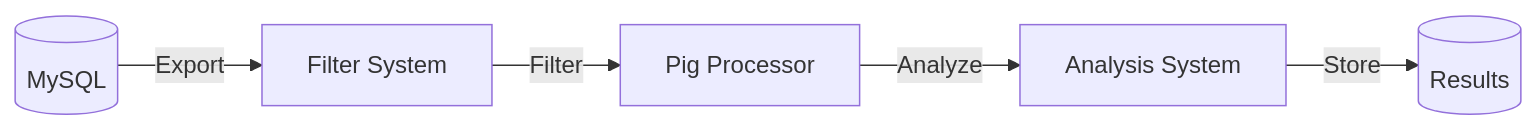
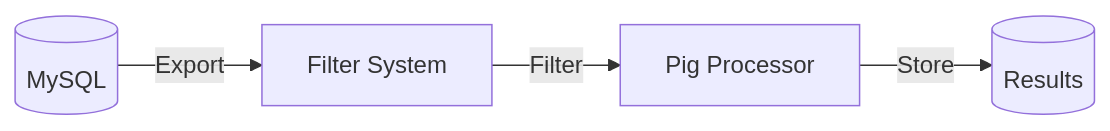
Before and after one commit to TheRamdomX/Proyecto-Distribuidos: the second of 2 diagrams in README.md, drawn with Mermaid. The commit also changed other lines of this file, not shown here.

````diff
--- a/README.md
+++ b/README.md
@@ -83,7 +87,6 @@
 ```mermaid
 graph LR
     A[(MySQL)] -->|Export| B[Filter System]
     B -->|Filter| C[Pig Processor]
-    C -->|Analyze| D[Analysis System]
-    D -->|Store| E[(Results)]
+    C -->|Store| D[(Results)]
 ```
````
